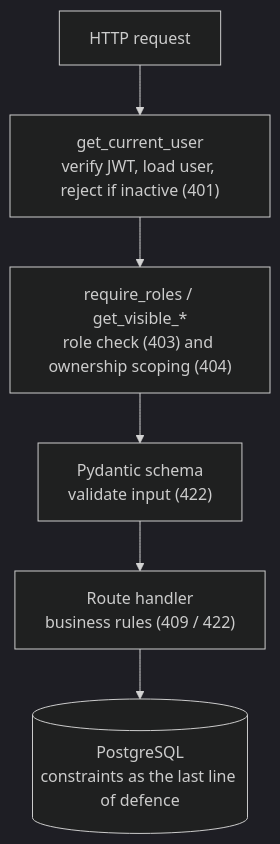
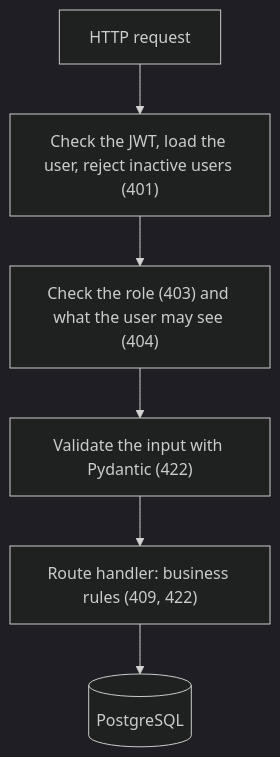
One commit to coutLiKe/ticketdesk changed the second of 2 diagrams in README.md. Above: the diagram before and after it, drawn with Mermaid (dark theme). The commit also changed other lines of this file, not shown here.

````diff
--- a/README.md
+++ b/README.md
@@ -79,8 +94,8 @@
 ```mermaid
 flowchart TD
-    R["HTTP request"] --> A["get_current_user<br/>verify JWT, load user, reject if inactive (401)"]
-    A --> P["require_roles / get_visible_*<br/>role check (403) and ownership scoping (404)"]
-    P --> V["Pydantic schema<br/>validate input (422)"]
-    V --> H["Route handler<br/>business rules (409 / 422)"]
-    H --> D[("PostgreSQL<br/>constraints as the last line of defence")]
+    R["HTTP request"] --> A["Check the JWT, load the user, reject inactive users (401)"]
+    A --> P["Check the role (403) and what the user may see (404)"]
+    P --> V["Validate the input with Pydantic (422)"]
+    V --> H["Route handler: business rules (409, 422)"]
+    H --> D[("PostgreSQL")]
 ```
````
